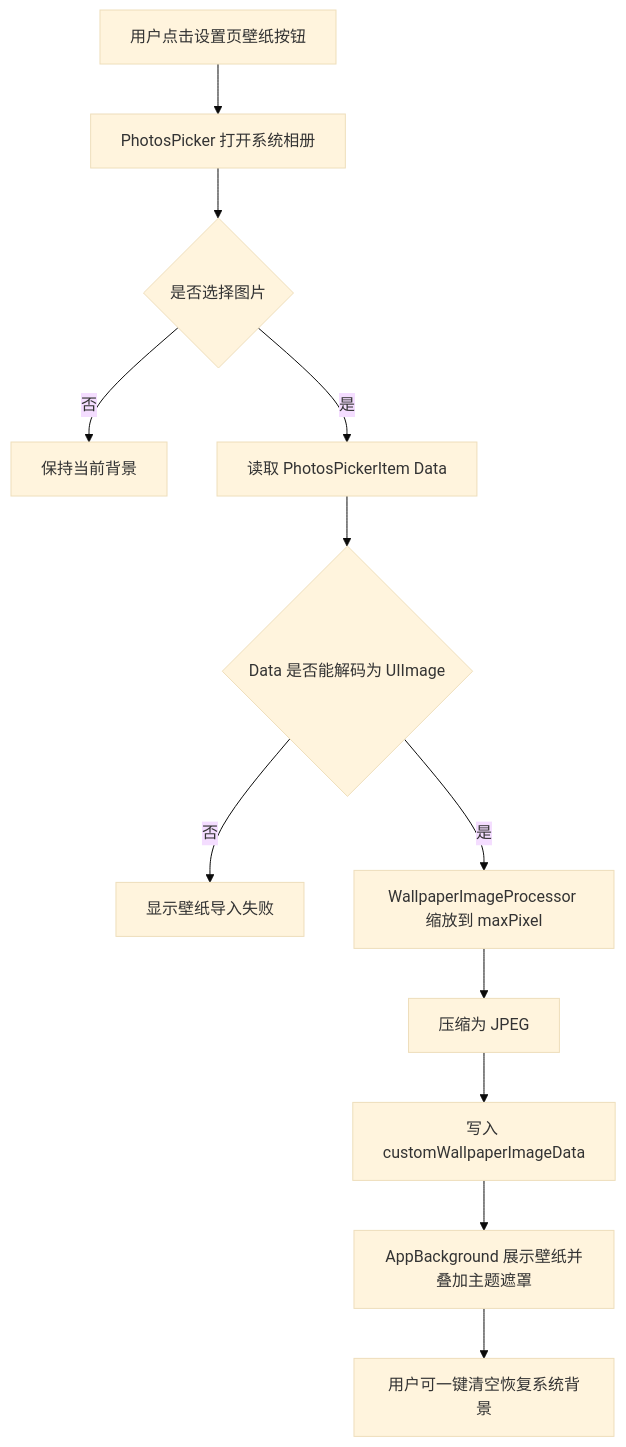
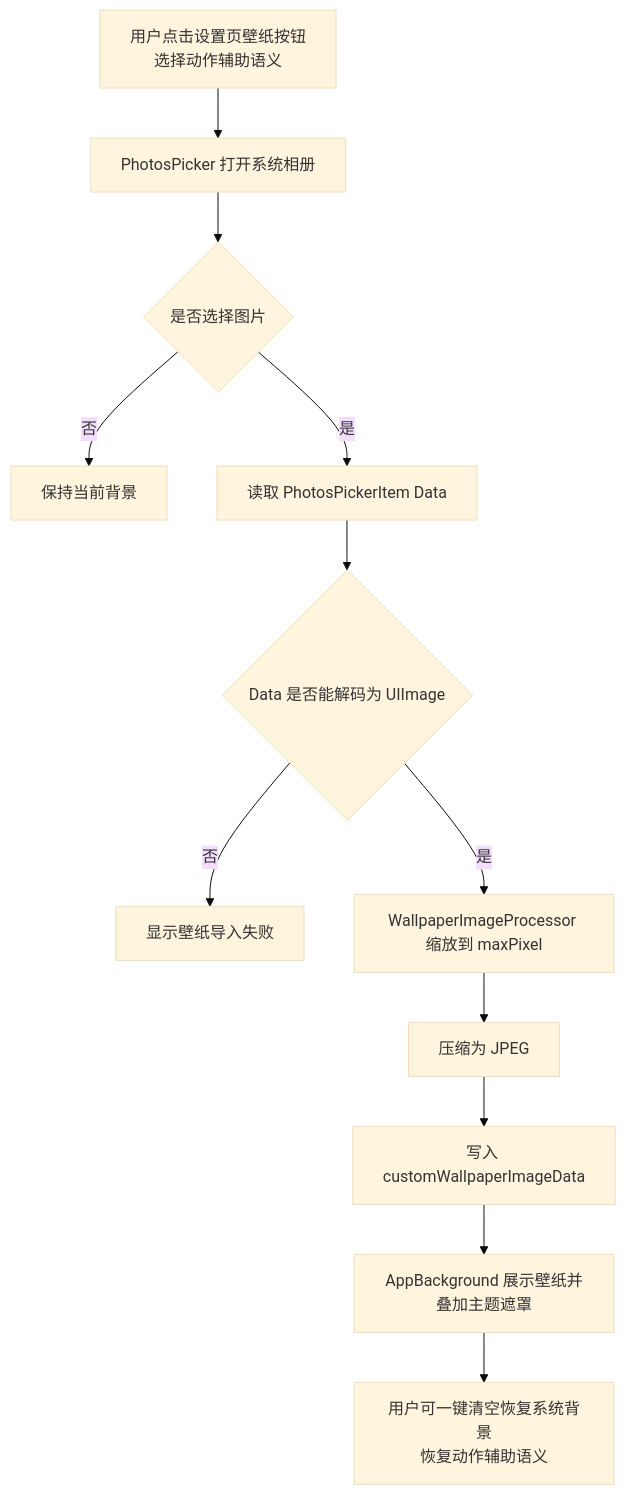
The fifth of 9 diagrams in md/flow/flowchart.md (Altman-sam114/113), drawn with Mermaid (base theme) before and after one commit. The commit also changed other lines of this file and 8 other files, not shown here.

````diff
--- a/md/flow/flowchart.md
+++ b/md/flow/flowchart.md
@@ -93,14 +93,14 @@
 ```mermaid
 flowchart TD
-    A[用户点击设置页壁纸按钮] --> B[PhotosPicker 打开系统相册]
+    A[用户点击设置页壁纸按钮<br/>选择动作辅助语义] --> B[PhotosPicker 打开系统相册]
     B --> C{是否选择图片}
     C -- 否 --> D[保持当前背景]
     C -- 是 --> E[读取 PhotosPickerItem Data]
     E --> F{Data 是否能解码为 UIImage}
     F -- 否 --> G[显示壁纸导入失败]
     F -- 是 --> H[WallpaperImageProcessor 缩放到 maxPixel]
     H --> I[压缩为 JPEG]
     I --> J[写入 customWallpaperImageData]
     J --> K[AppBackground 展示壁纸并叠加主题遮罩]
-    K --> L[用户可一键清空恢复系统背景]
+    K --> L[用户可一键清空恢复系统背景<br/>恢复动作辅助语义]
 ```
````
